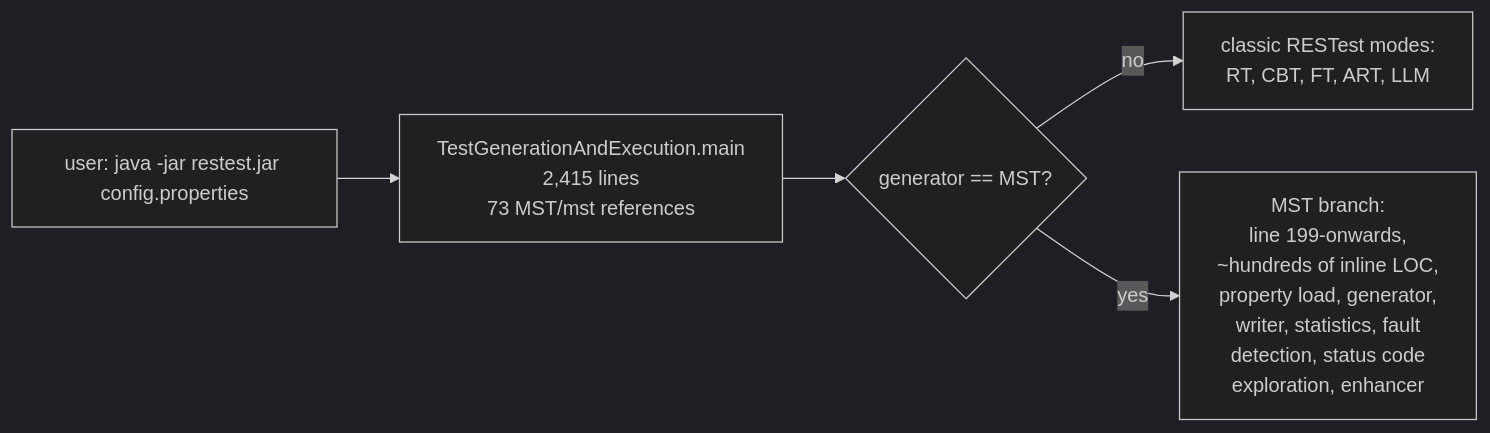
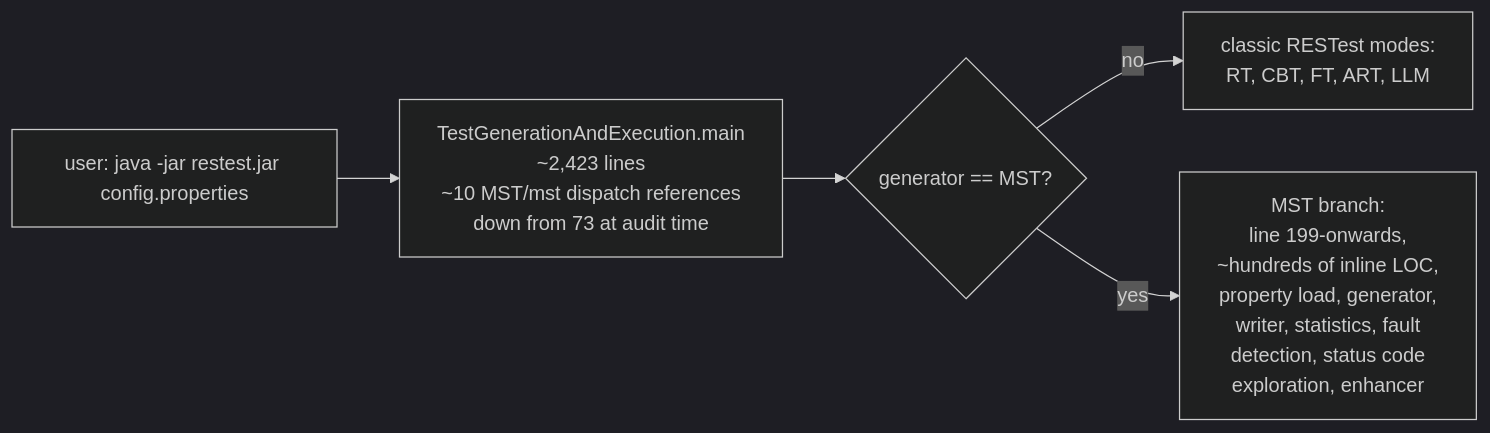
One commit to miaoti/Rest changed the fourth of 10 diagrams in debug/Conference-refinement/PATH_B_REBUILD_PLAN.md. Above: the diagram before and after it, drawn with Mermaid (dark theme). The commit also changed other lines of this file, not shown here.

````diff
--- a/debug/Conference-refinement/PATH_B_REBUILD_PLAN.md
+++ b/debug/Conference-refinement/PATH_B_REBUILD_PLAN.md
@@ -568,12 +594,12 @@
 ```mermaid
 flowchart LR
     USER[user: java -jar restest.jar config.properties]
-    MAIN[TestGenerationAndExecution.main<br/>2,415 lines<br/>73 MST/mst references]
+    MAIN[TestGenerationAndExecution.main<br/>~2,423 lines<br/>~10 MST/mst dispatch references<br/>down from 73 at audit time]
     BRANCH{generator == MST?}
     MST_CLASSIC[classic RESTest modes:<br/>RT, CBT, FT, ART, LLM]
     MST_PATH[MST branch:<br/>line 199-onwards,<br/>~hundreds of inline LOC,<br/>property load, generator,<br/>writer, statistics, fault<br/>detection, status code<br/>exploration, enhancer]
     USER --> MAIN
     MAIN --> BRANCH
     BRANCH -->|no| MST_CLASSIC
     BRANCH -->|yes| MST_PATH
 ```
````
